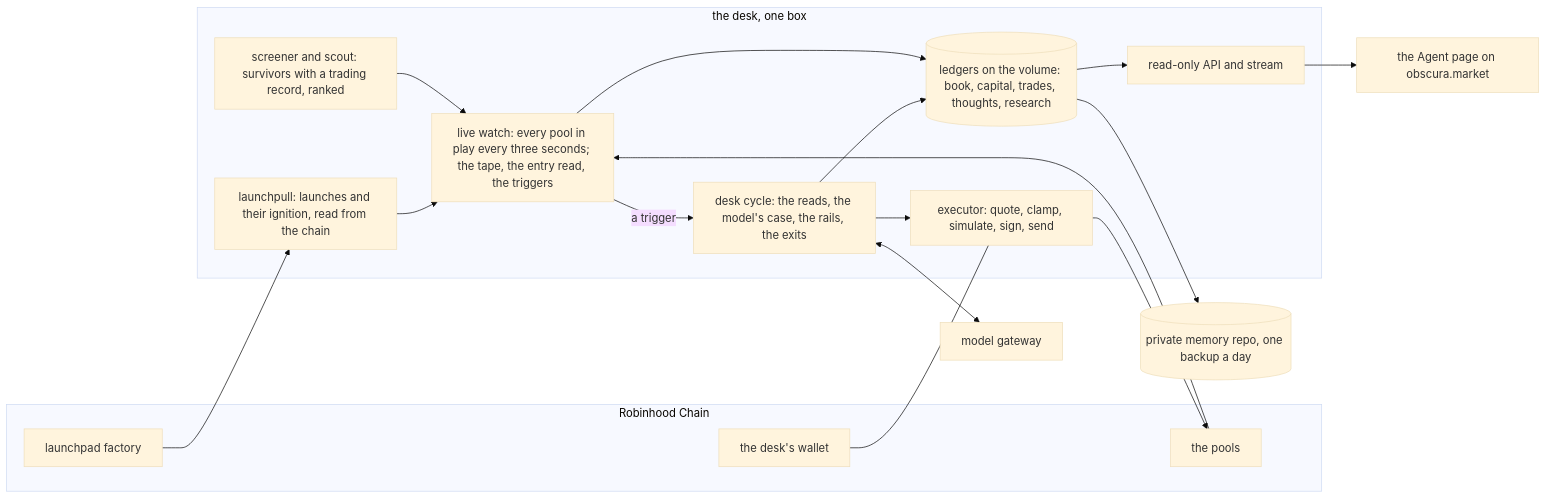
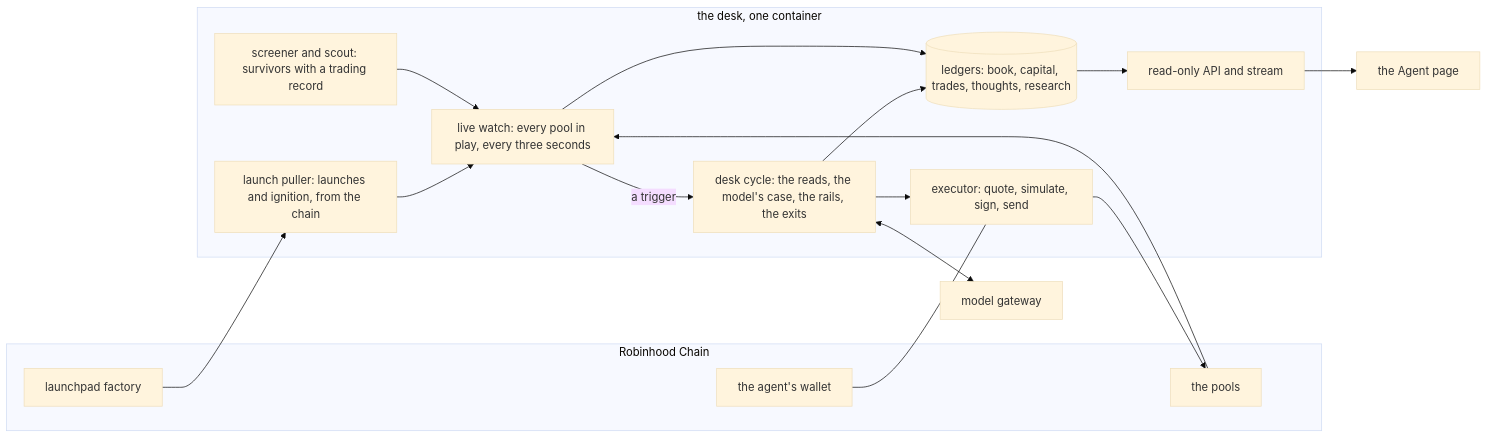
Before and after one commit to ObscuraMarket/agent-obs: the diagram in README.md, drawn with Mermaid (base theme). The commit also changed other lines of this file, not shown here.

First line of the commit message:
docs(readme): to the point: what it does, how to verify it, custody, the architecture, safety, where to look

````diff
--- a/README.md
+++ b/README.md
@@ -113,31 +61,29 @@
 ```mermaid
 flowchart LR
   subgraph chain["Robinhood Chain"]
     factory["launchpad factory"]
     pools["the pools"]
-    wallet["the desk's wallet"]
+    wallet["the agent's wallet"]
   end
-  subgraph box["the desk, one box"]
-    lp["launchpull: launches and their ignition, read from the chain"]
-    sc["screener and scout: survivors with a trading record, ranked"]
-    lw["live watch: every pool in play every three seconds; the tape, the entry read, the triggers"]
+  subgraph box["the desk, one container"]
+    lp["launch puller: launches and ignition, from the chain"]
+    sc["screener and scout: survivors with a trading record"]
+    lw["live watch: every pool in play, every three seconds"]
     cy["desk cycle: the reads, the model's case, the rails, the exits"]
-    ex["executor: quote, clamp, simulate, sign, send"]
-    led[("ledgers on the volume: book, capital, trades, thoughts, research")]
+    ex["executor: quote, simulate, sign, send"]
+    led[("ledgers: book, capital, trades, thoughts, research")]
     api["read-only API and stream"]
   end
   gw["model gateway"]
-  page["the Agent page on obscura.market"]
-  mem[("private memory repo, one backup a day")]
+  page["the Agent page"]
   factory --> lp --> lw
   pools --> lw
   sc --> lw
   lw -- "a trigger" --> cy
   cy <--> gw
   cy --> ex --> pools
   wallet --- ex
   cy --> led
   lw --> led
   led --> api --> page
-  led --> mem
 ```
````
